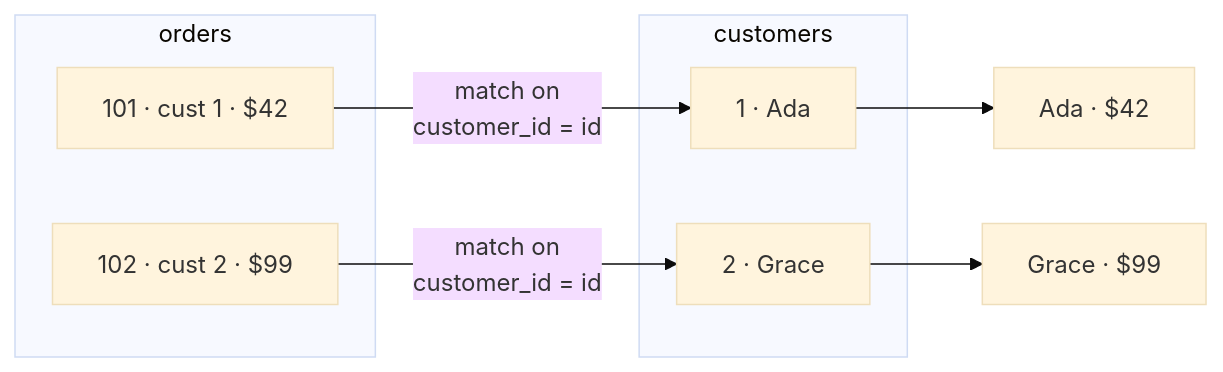
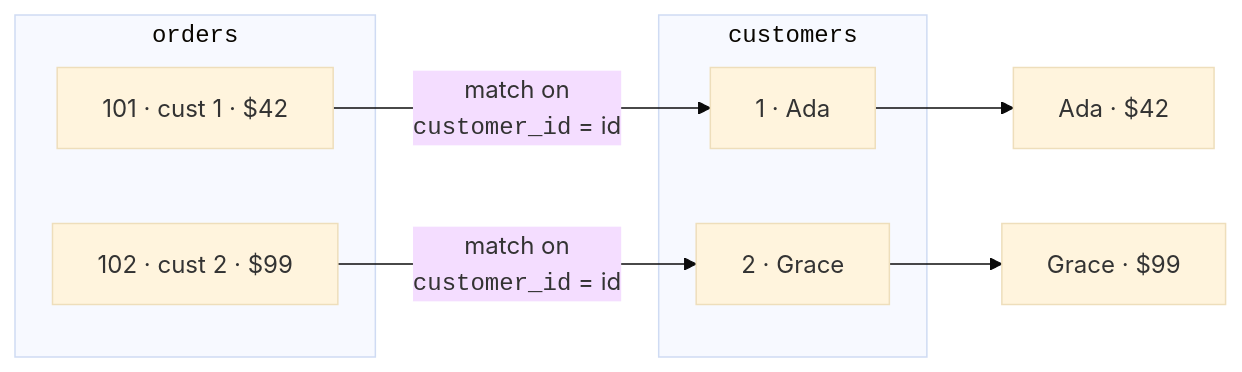
Before and after one commit to dataslope/dataslope: the first of 2 diagrams in content/learn/intro-sql-postgres/understanding-joins.mdx, drawn with Mermaid (base theme). The commit also changed 46 other files, not shown here.

First line of the commit message:
Wrap code in mermaid edge labels + entity/table names in DB diagrams

````diff
--- a/content/learn/intro-sql-postgres/understanding-joins.mdx
+++ b/content/learn/intro-sql-postgres/understanding-joins.mdx
@@ -20,15 +20,15 @@
 ```mermaid
 flowchart LR
-    subgraph C["customers"]
+    subgraph C["<code>customers</code>"]
         C1["1 · Ada"]
         C2["2 · Grace"]
     end
-    subgraph O["orders"]
+    subgraph O["<code>orders</code>"]
         O1["101 · cust 1 · $42"]
         O2["102 · cust 2 · $99"]
     end
-    O1 -->|"match on<br/>customer_id = id"| C1
-    O2 -->|"match on<br/>customer_id = id"| C2
+    O1 -->|"match on<br/><code>customer_id</code> = id"| C1
+    O2 -->|"match on<br/><code>customer_id</code> = id"| C2
     C1 --> R1["Ada · $42"]
     C2 --> R2["Grace · $99"]
 ```
````
